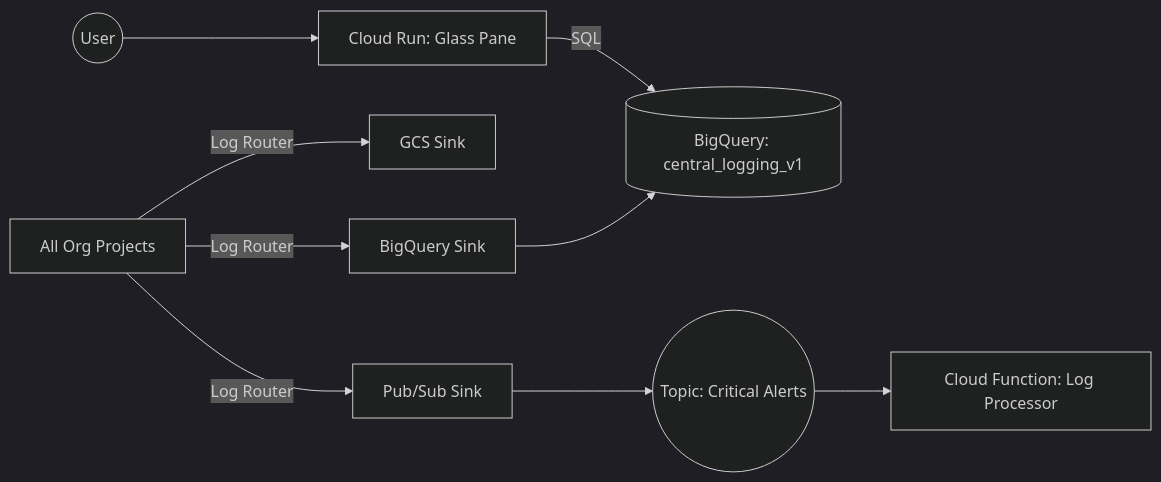
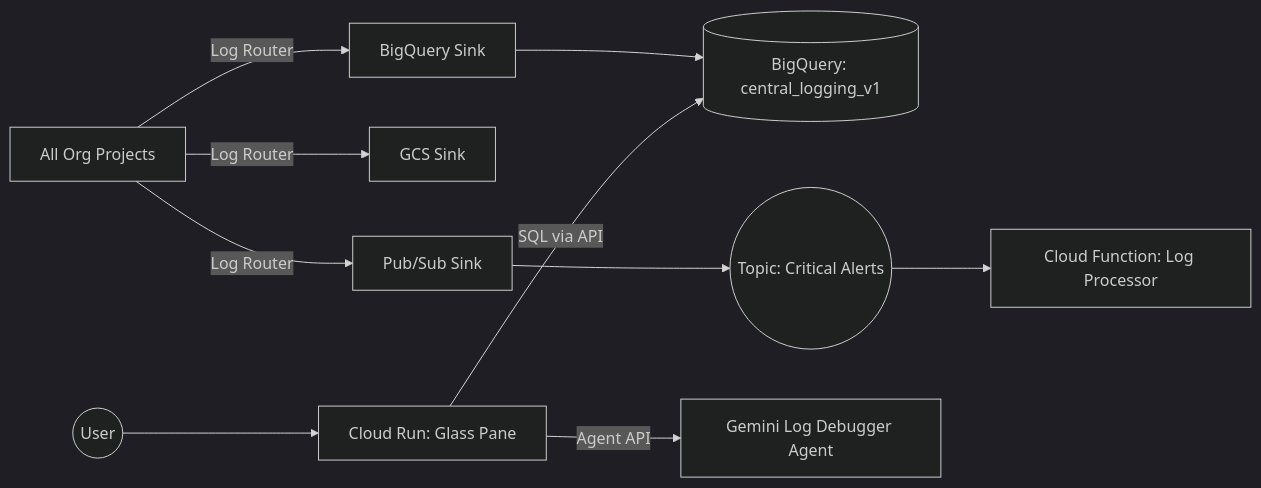
Before and after one commit to iamdrewfortini/GCP_LOGGING: the diagram in docs/ARCHITECTURE.md, drawn with Mermaid (dark theme). The commit also changed other lines of this file and 1 other file, not shown here.

Commit message:
docs(repo): update architecture and runbook

````diff
--- a/docs/ARCHITECTURE.md
+++ b/docs/ARCHITECTURE.md
@@ -29,13 +33,14 @@
 ```mermaid
 graph LR
     Projects[All Org Projects] -->|Log Router| SinkBQ[BigQuery Sink]
     Projects -->|Log Router| SinkGCS[GCS Sink]
     Projects -->|Log Router| SinkPS[Pub/Sub Sink]
     
     SinkBQ --> Dataset[(BigQuery: central_logging_v1)]
     SinkPS --> Topic((Topic: Critical Alerts))
     Topic --> Function[Cloud Function: Log Processor]
     
     User((User)) --> GlassPane[Cloud Run: Glass Pane]
-    GlassPane -->|SQL| Dataset
+    GlassPane -->|SQL via API| Dataset
+    GlassPane -->|Agent API| GeminiAgent[Gemini Log Debugger Agent]
 ```
````
